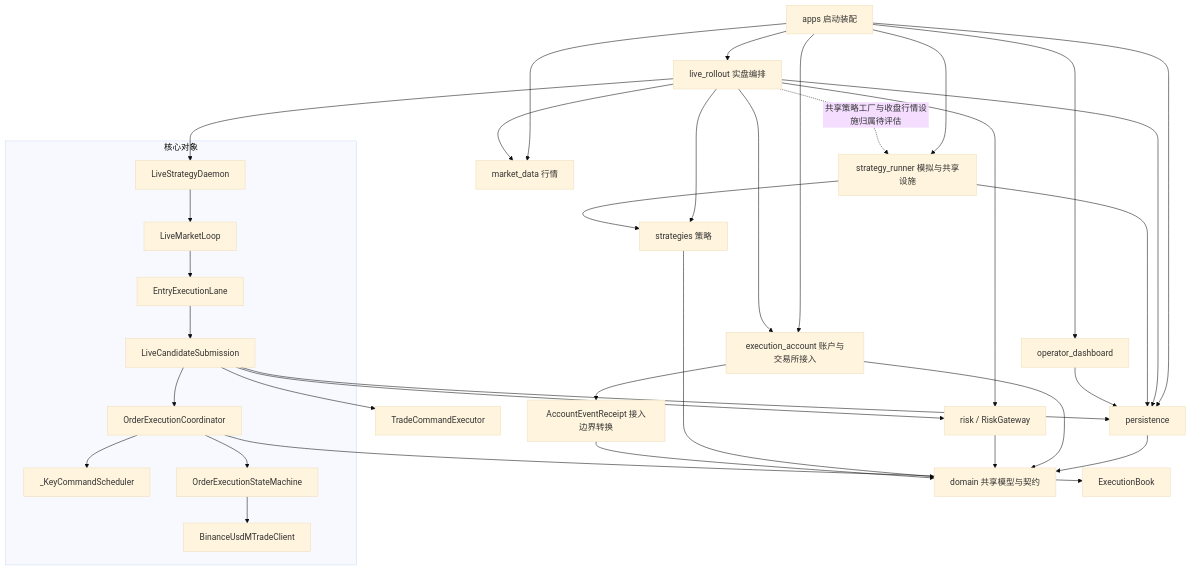
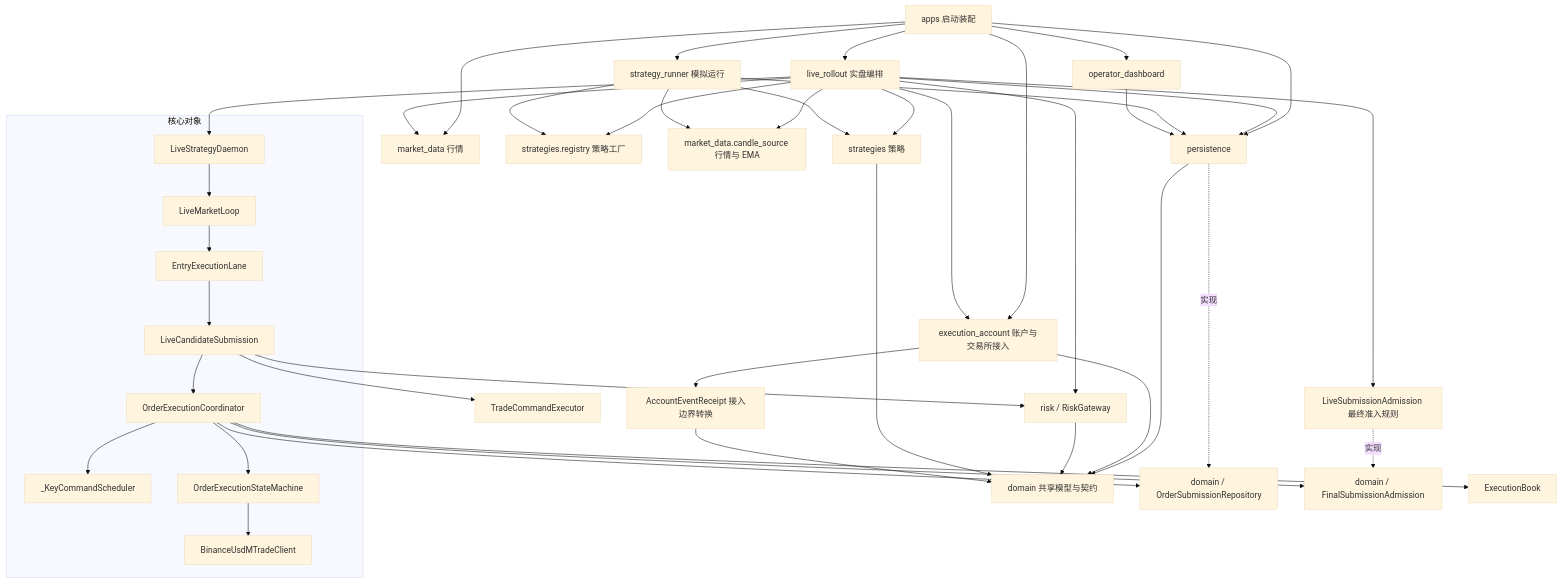
One commit to miracle-zs/crypto-momentum-lab changed the first of 2 diagrams in docs/architecture/trading-architecture-after-adjustment-20261001.md. Above: the diagram before and after it, drawn with Mermaid (base theme). The commit also changed other lines of this file and 31 other files, not shown here.

````diff
--- a/docs/architecture/trading-architecture-after-adjustment-20261001.md
+++ b/docs/architecture/trading-architecture-after-adjustment-20261001.md
@@ -9,39 +9,46 @@
 ```mermaid
 graph TD
     Apps[apps 启动装配] --> Live[live_rollout 实盘编排]
     Apps --> Market[market_data 行情]
     Apps --> Account[execution_account 账户与交易所接入]
     Apps --> Store[persistence]
-    Apps --> Runner[strategy_runner 模拟与共享设施]
+    Apps --> Runner[strategy_runner 模拟运行]
     Apps --> UI[operator_dashboard]
     Live --> Market
     Live --> Strategies[strategies 策略]
     Live --> Account
     Live --> Risk[risk / RiskGateway]
     Live --> Store
-    Live -. 共享策略工厂与收盘行情设施归属待评估 .-> Runner
+    Live --> Factory[strategies.registry 策略工厂]
+    Live --> Candles[market_data.candle_source 行情与 EMA]
+    Runner --> Factory
+    Runner --> Candles
     Runner --> Strategies
     Runner --> Store
     UI --> Store
     Store --> Domain[domain 共享模型与契约]
     Account --> Domain
     Risk --> Domain
     Strategies --> Domain
 
     subgraph Core[核心对象]
         Daemon[LiveStrategyDaemon] --> Loop[LiveMarketLoop]
         Loop --> Lane[EntryExecutionLane]
         Lane --> Submission[LiveCandidateSubmission]
         Submission --> Coordinator[OrderExecutionCoordinator]
         Coordinator --> Scheduler[_KeyCommandScheduler]
         Coordinator --> Machine[OrderExecutionStateMachine]
         Machine --> Client[BinanceUsdMTradeClient]
     end
     Live --> Daemon
     Submission --> Risk
     Submission --> Planner[TradeCommandExecutor]
-    Submission --> Store
+    Coordinator --> RepoPort[domain / OrderSubmissionRepository]
+    Store -.实现.-> RepoPort
+    Coordinator --> FinalPort[domain / FinalSubmissionAdmission]
+    Final[LiveSubmissionAdmission 最终准入规则] -.实现.-> FinalPort
+    Live --> Final
     Coordinator --> Book[ExecutionBook]
     Account --> Receipt[AccountEventReceipt 接入边界转换]
     Receipt --> Domain
 ```
````
